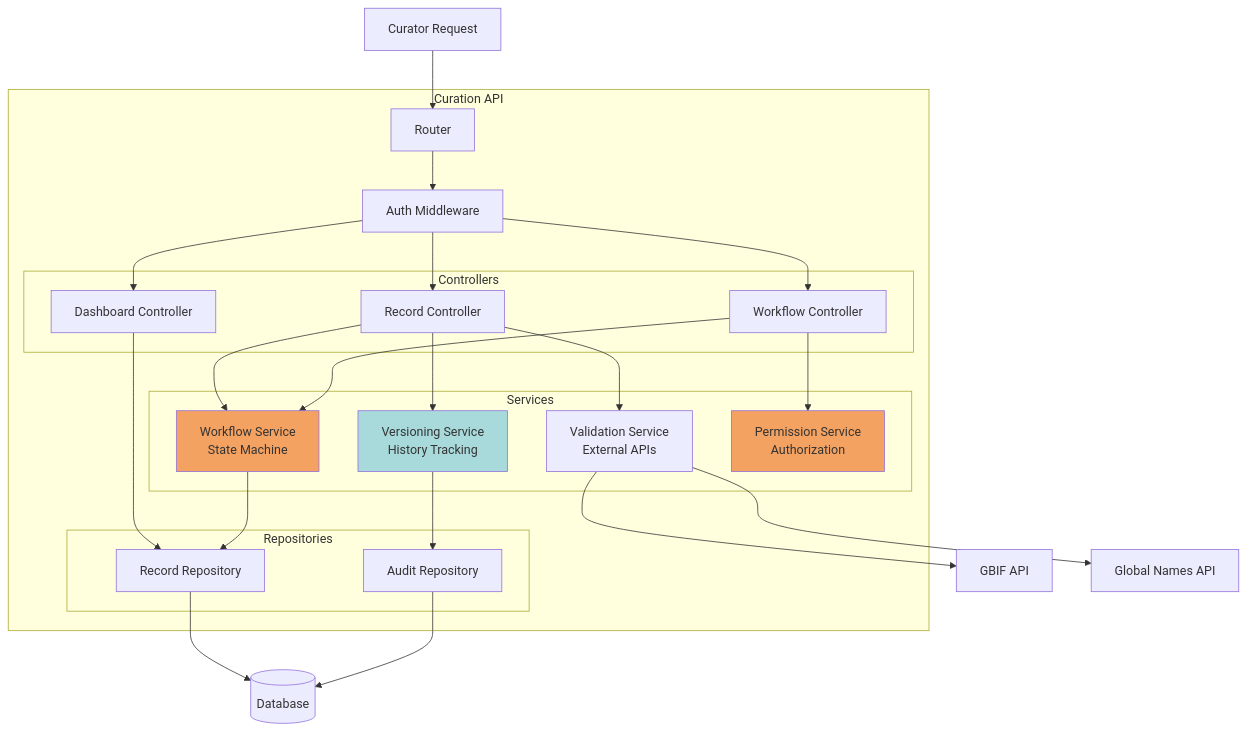
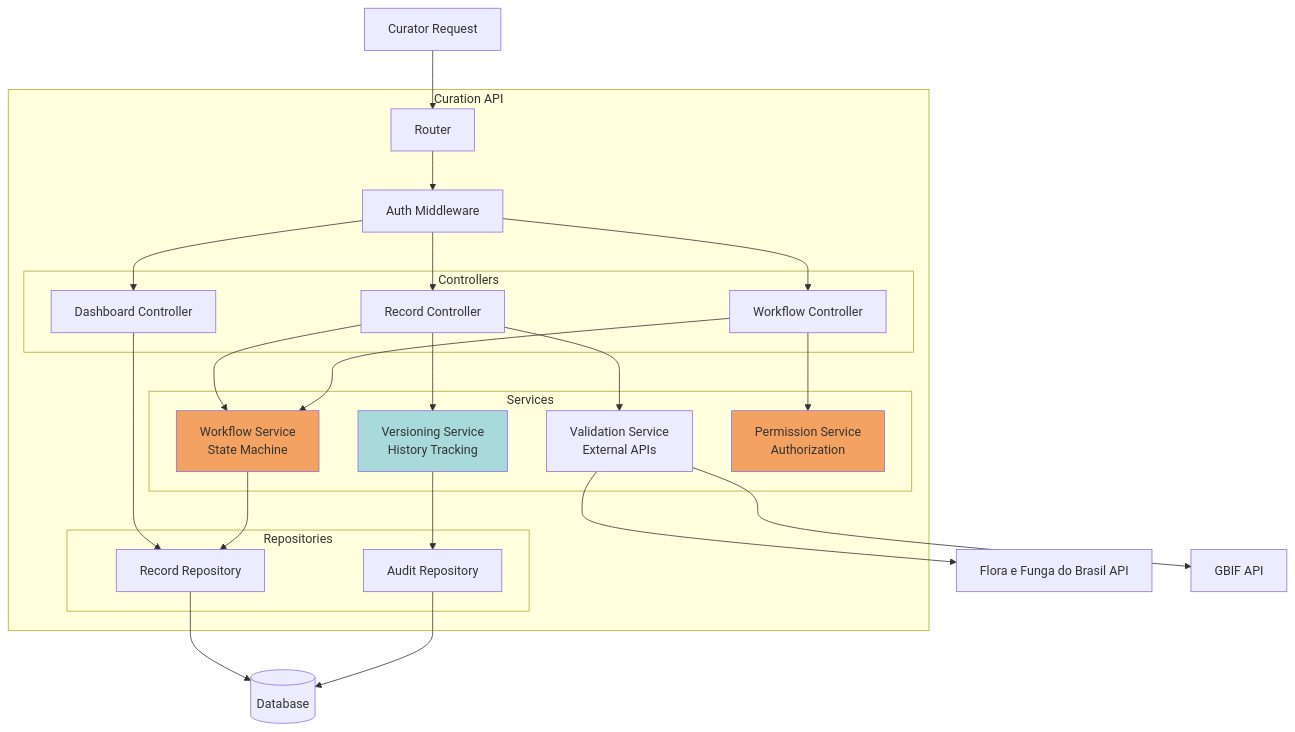
Before and after one commit to edalcin/etnoArquitetura: the third of 5 diagrams in docs/c4-model/03-component-diagram.md, drawn with Mermaid. The commit also changed other lines of this file and 4 other files, not shown here.

First line of the commit message:
Replace Global Names Verifier with Flora e Funga do Brasil as primary validation

````diff
--- a/docs/c4-model/03-component-diagram.md
+++ b/docs/c4-model/03-component-diagram.md
@@ -357,51 +357,51 @@
 ```mermaid
 graph TB
     subgraph "Curation API"
         ROUTER2[Router]
         AUTH2[Auth Middleware]
 
         subgraph "Controllers"
             DC[Dashboard Controller]
             REC[Record Controller]
             WF[Workflow Controller]
         end
 
         subgraph "Services"
             WFS[Workflow Service<br/>State Machine]
             VS2[Validation Service<br/>External APIs]
             VERS[Versioning Service<br/>History Tracking]
             PERM[Permission Service<br/>Authorization]
         end
 
         subgraph "Repositories"
             RR2[Record Repository]
             AR[Audit Repository]
         end
     end
 
     EXT_REQ2[Curator Request] --> ROUTER2
     ROUTER2 --> AUTH2
     AUTH2 --> DC
     AUTH2 --> REC
     AUTH2 --> WF
 
     DC --> RR2
     REC --> WFS
     REC --> VS2
     REC --> VERS
     WF --> WFS
     WF --> PERM
 
     WFS --> RR2
     VERS --> AR
 
+    VS2 --> FLORA[Flora e Funga do Brasil API]
     VS2 --> GBIF[GBIF API]
-    VS2 --> GN[Global Names API]
 
     RR2 --> DB2[(Database)]
     AR --> DB2
 
     style WFS fill:#f4a261
     style VERS fill:#a8dadc
     style PERM fill:#f4a261
 ```
````
